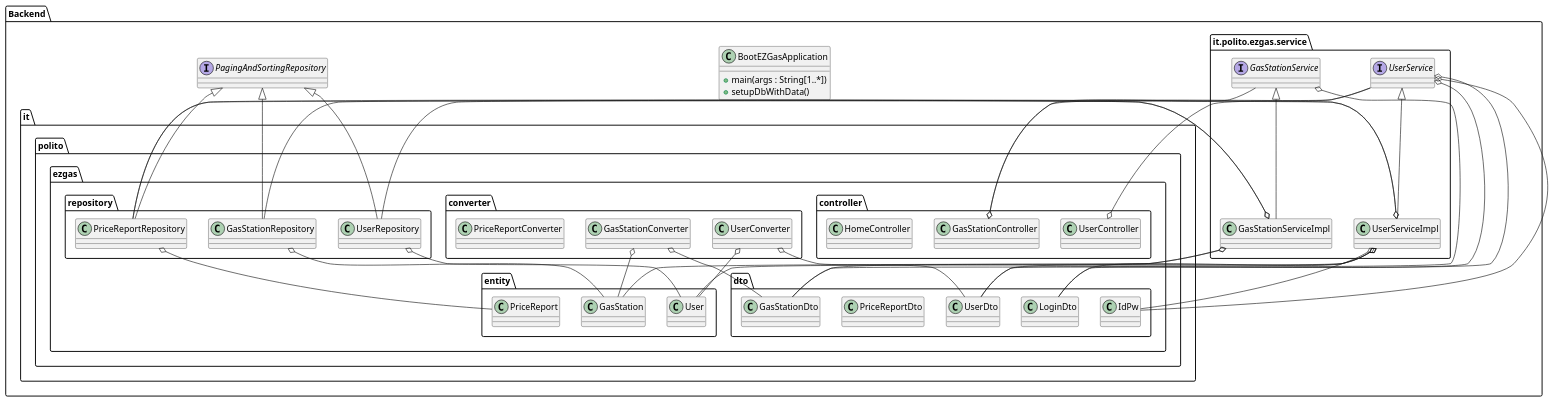
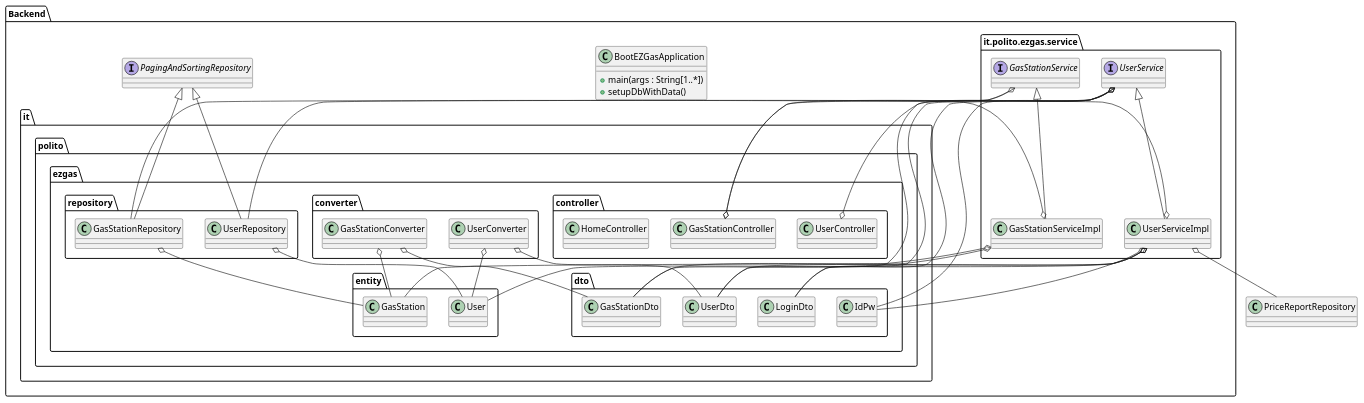
The tenth of 13 diagrams in docs/DesignDocument.md (lucarinelli/ezgas), drawn with PlantUML before and after one commit. The commit also changed other lines of this file, not shown here.

````diff
--- a/docs/DesignDocument.md
+++ b/docs/DesignDocument.md
@@ -585,9 +523,7 @@
         class UserConverter{
 
         }
-        class PriceReportConverter{
-            
-        }
+        
     }
     
     package "it.polito.ezgas.dto" {
@@ -600,9 +536,7 @@
         class LoginDto{
 
         }
-        class PriceReportDto{
-
-        }
+        
         class IdPw{
         }
     }
@@ -612,8 +546,6 @@
         class User {
         }
         class GasStation {
-        }
-        class PriceReport {
         }
     }
     
@@ -625,8 +557,6 @@
         class GasStationRepository{
         }
         
-        class PriceReportRepository{
-        }
         
     }
 
@@ -635,7 +565,6 @@
 
 PagingAndSortingRepository <|-- UserRepository
 PagingAndSortingRepository <|-- GasStationRepository
-PagingAndSortingRepository <|-- PriceReportRepository
 
 
 UserService <|-- UserServiceImpl
@@ -646,7 +575,6 @@
 UserServiceImpl o-- UserRepository
 UserServiceImpl o-- PriceReportRepository
 GasStationServiceImpl o-- GasStationRepository
-GasStationServiceImpl o-- PriceReportRepository
 
 UserConverter o-- UserDto
 UserConverter o-- User
@@ -668,5 +596,4 @@
 GasStationServiceImpl o-- GasStation
 GasStationRepository o-- GasStation
 
-PriceReportRepository o-- PriceReport
 ```
````
